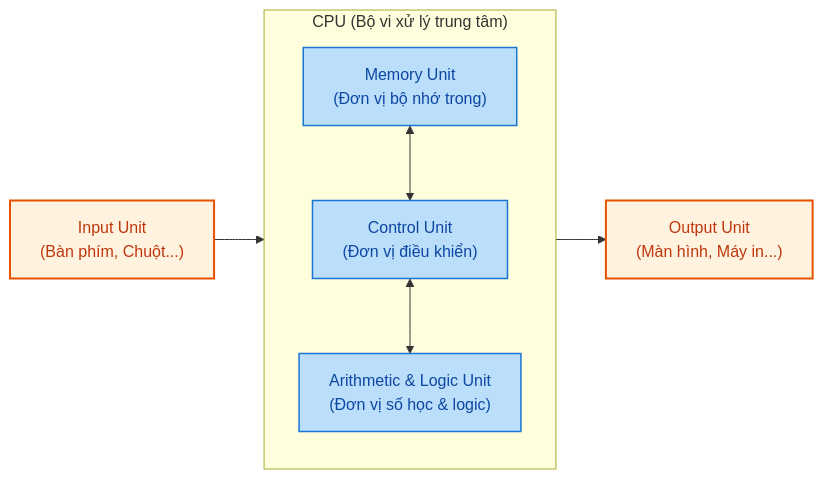
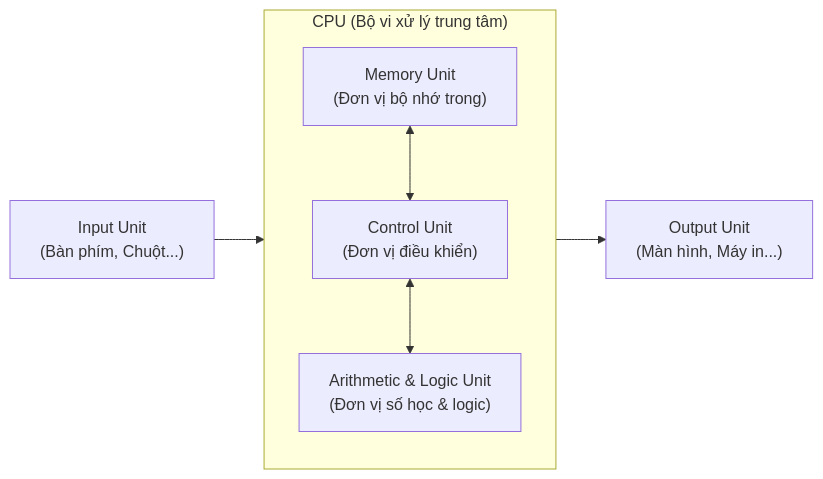
The first of 2 diagrams in OperatingSystem/OS_scratch/Concepts_OS/Intro_OS/Lession1.md (Duc-Lee/LLMserving_GPUoptimization), drawn with Mermaid before and after one commit. The commit also changed other lines of this file and 2 other files, not shown here.

````diff
--- a/OperatingSystem/OS_scratch/Concepts_OS/Intro_OS/Lession1.md
+++ b/OperatingSystem/OS_scratch/Concepts_OS/Intro_OS/Lession1.md
@@ -11,23 +11,15 @@
 ```mermaid
 flowchart LR
-    classDef ioStyle fill:#fff3e0,stroke:#e65100,stroke-width:2px,color:#bf360c;
-    classDef cpuStyle fill:#e3f2fd,stroke:#1565c0,stroke-width:2px,color:#0d47a1;
-    classDef subCpu fill:#bbdefb,stroke:#1976d2,stroke-width:1.5px,color:#0d47a1;
+    IN["Input Unit<br/>(Bàn phím, Chuột...)"] --> CU
 
-    IN["Input Unit<br/>(Bàn phím, Chuột...)"]:::ioStyle
-
-    subgraph CPU_CHIP ["CPU (Bộ vi xử lý trung tâm)"]
+    subgraph CPU ["CPU (Bộ vi xử lý trung tâm)"]
         direction TB
-        MU["Memory Unit<br/>(Đơn vị bộ nhớ trong)"]:::subCpu
-        CU["Control Unit<br/>(Đơn vị điều khiển)"]:::subCpu
-        ALU["Arithmetic & Logic Unit<br/>(Đơn vị số học & logic)"]:::subCpu
-        
+        MU["Memory Unit<br/>(Đơn vị bộ nhớ trong)"]
+        CU["Control Unit<br/>(Đơn vị điều khiển)"]
+        ALU["Arithmetic & Logic Unit<br/>(Đơn vị số học & logic)"]
         MU <--> CU
         CU <--> ALU
     end
 
-    OUT["Output Unit<br/>(Màn hình, Máy in...)"]:::ioStyle
-
-    IN --> CU
-    CU --> OUT
+    CU --> OUT["Output Unit<br/>(Màn hình, Máy in...)"]
 ```
````
